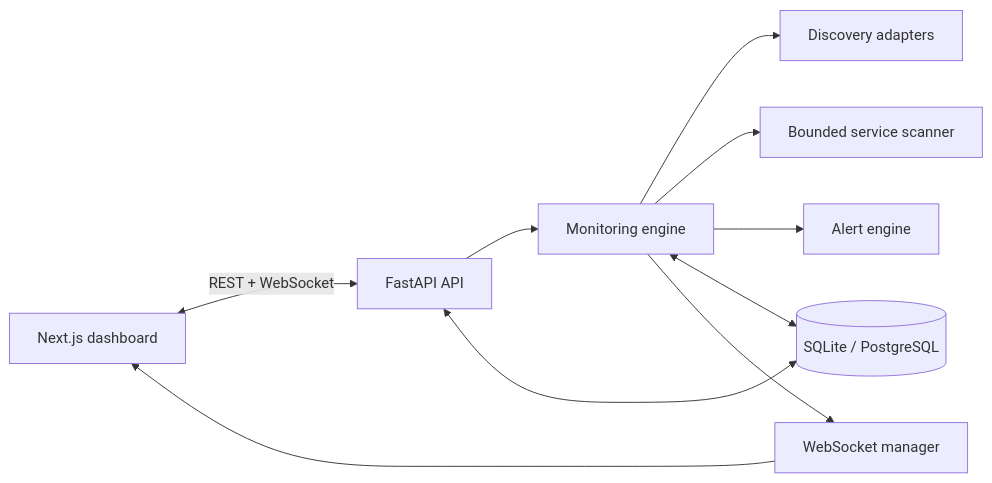
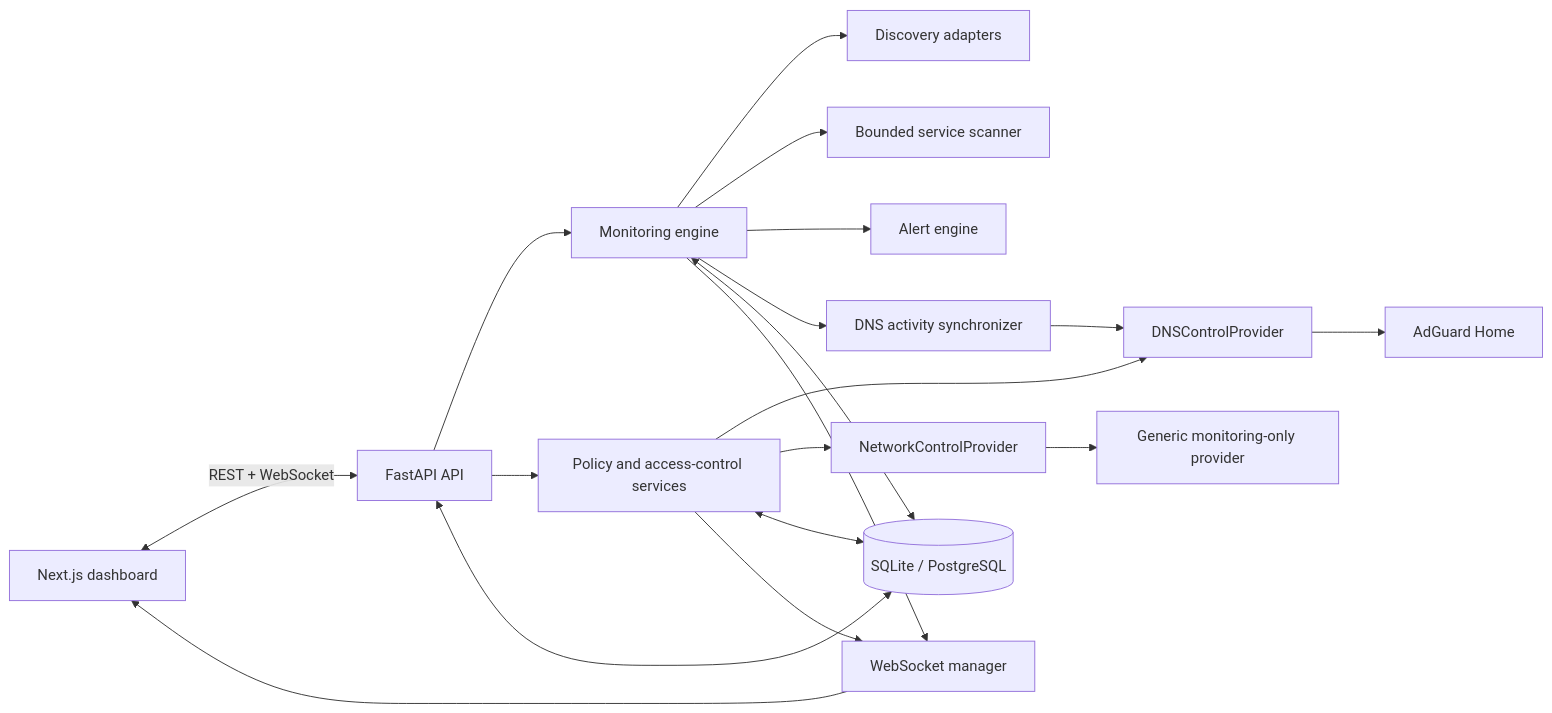
Before and after one commit to DinisIvanetsD/netwatch: the diagram in docs/architecture.md, drawn with Mermaid. The commit also changed other lines of this file and 76 other files, not shown here.

Commit message:
feat: add home network controls and DNS intelligence

````diff
--- a/docs/architecture.md
+++ b/docs/architecture.md
@@ -5,12 +5,21 @@
 ```mermaid
 flowchart LR
     Browser[Next.js dashboard] <-->|REST + WebSocket| API[FastAPI API]
     API --> Monitor[Monitoring engine]
+    API --> Control[Policy and access-control services]
     Monitor --> Discovery[Discovery adapters]
     Monitor --> Scanner[Bounded service scanner]
     Monitor --> Alerts[Alert engine]
+    Monitor --> DNSActivity[DNS activity synchronizer]
+    Control --> DNSProvider[DNSControlProvider]
+    Control --> NetworkProvider[NetworkControlProvider]
+    DNSActivity --> DNSProvider
+    DNSProvider --> AdGuard[AdGuard Home]
+    NetworkProvider --> Fallback[Generic monitoring-only provider]
     API <--> DB[(SQLite / PostgreSQL)]
     Monitor <--> DB
+    Control <--> DB
     Monitor --> Realtime[WebSocket manager]
+    Control --> Realtime
     Realtime --> Browser
 ```
````
